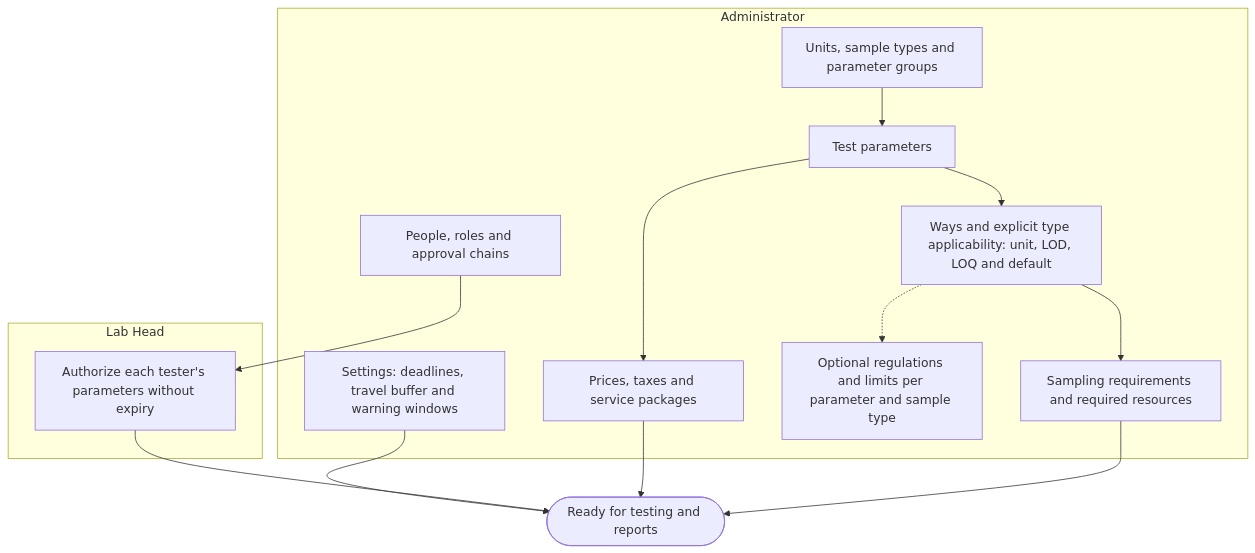
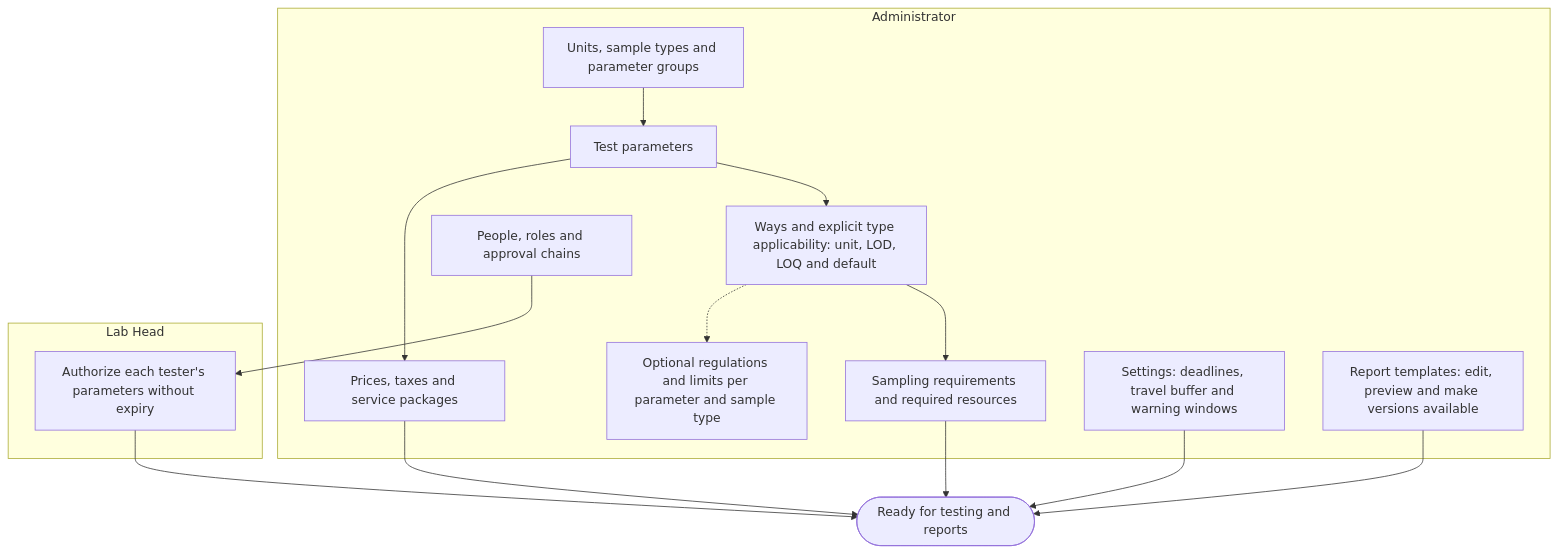
Diagram 14 of 17 in docs/functional/business-flows.md (SoltuneMontepre/medilab), drawn with Mermaid before and after one commit. The commit also changed other lines of this file and 122 other files, not shown here.

First line of the commit message:
[docs] Align the requirements with the final activity diagrams and BM04 v1.1 (#551)

````diff
--- a/docs/functional/business-flows.md
+++ b/docs/functional/business-flows.md
@@ -615,20 +655,22 @@
 ```mermaid
 flowchart TD
     subgraph lane35 ["Administrator"]
         a1[Units, sample types and parameter groups] --> a2[Test parameters]
         a2 --> a3[Ways and explicit type applicability: unit, LOD, LOQ and default]
         a3 --> a4[Sampling requirements and required resources]
         a2 --> a5[Prices, taxes and service packages]
         a3 -.-> optional[Optional regulations and limits per parameter and sample type]
         a6[People, roles and approval chains]
         a9[Settings: deadlines, travel buffer and warning windows]
+        a10[Report templates: edit, preview and make versions available]
     end
     subgraph lane45 ["Lab Head"]
         l1[Authorize each tester's parameters without expiry]
     end
     a6 --> l1
     a4 --> ready([Ready for testing and reports])
     a5 --> ready
     l1 --> ready
     a9 --> ready
+    a10 --> ready
 ```
````
